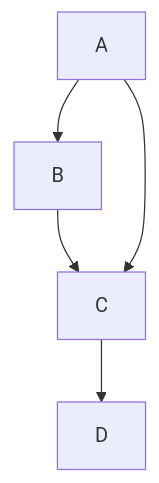
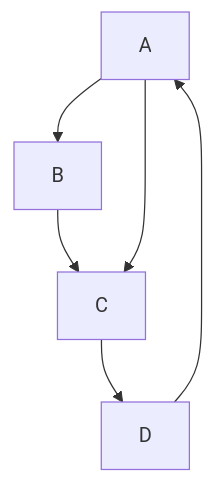
Before and after one commit to blck-snwmn/github-playground: the first of 4 diagrams in README.md, drawn with Mermaid.

````diff
--- a/README.md
+++ b/README.md
@@ -4,7 +4,8 @@
 ```mermaid
 graph TD
   A --> B;
   B --> C;
   A --> C;
   C --> D;
+  D --> A;
 ```
````
